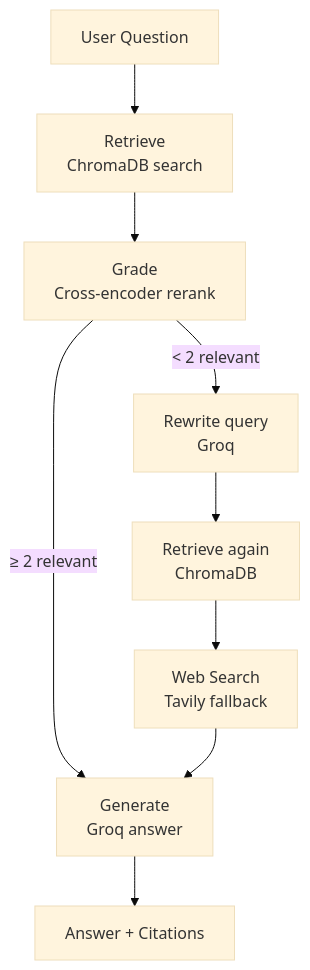
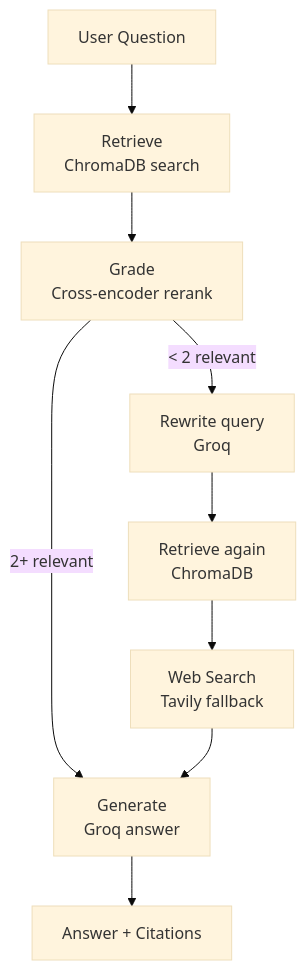
Before and after one commit to icancodefyi/DocuTrust: the first of 2 diagrams in README.md, drawn with Mermaid (base theme). The commit also changed 1 other file, not shown here.

Commit message:
fix: escape Mermaid edge labels with quotes to prevent parse errors

````diff
--- a/README.md
+++ b/README.md
@@ -16,11 +16,11 @@
 ```mermaid
 flowchart TD
     Q[User Question] --> R[Retrieve<br/>ChromaDB search]
     R --> G[Grade<br/>Cross-encoder rerank]
-    G -->|≥ 2 relevant| Gen[Generate<br/>Groq answer]
-    G -->|< 2 relevant| RW[Rewrite query<br/>Groq]
+    G -->|"2+ relevant"| Gen[Generate<br/>Groq answer]
+    G -->|"< 2 relevant"| RW[Rewrite query<br/>Groq]
     RW --> R2[Retrieve again<br/>ChromaDB]
     R2 --> WS[Web Search<br/>Tavily fallback]
     WS --> Gen
     Gen --> A[Answer + Citations]
 ```
````
